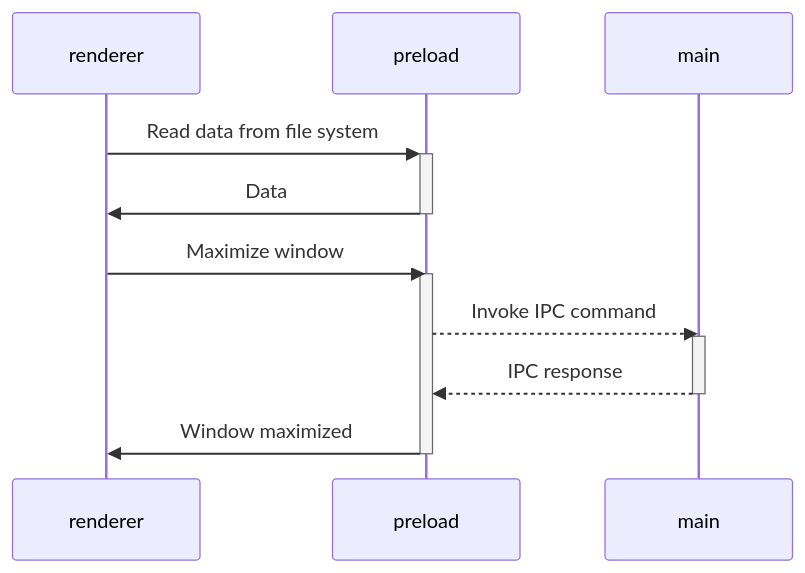
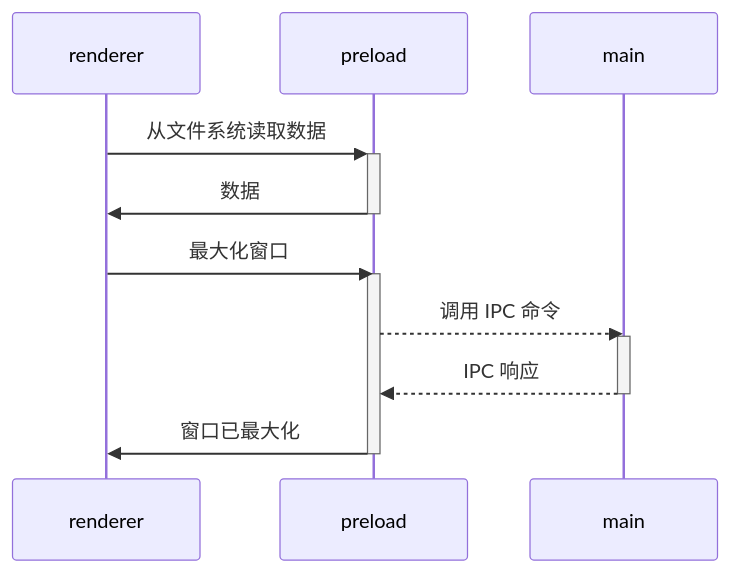
One commit to michael-lu-cn/vite-electron-builder-cn changed the diagram in README.md. Above: the diagram before and after it, drawn with Mermaid. The commit also changed other lines of this file and 51 other files, not shown here.

````diff
--- a/README.md
+++ b/README.md
@@ -189,13 +181,13 @@
 ```mermaid
 sequenceDiagram
-renderer->>+preload: Read data from file system
-preload->>-renderer: Data
-renderer->>preload: Maximize window
+renderer->>+preload: 从文件系统读取数据
+preload->>-renderer: 数据
+renderer->>preload: 最大化窗口
 activate preload
-preload-->>main: Invoke IPC command
+preload-->>main: 调用 IPC 命令
 activate main
-main-->>preload: IPC response
+main-->>preload: IPC 响应
 deactivate main
-preload->>renderer: Window maximized
+preload->>renderer: 窗口已最大化
 deactivate preload
 ```
````
